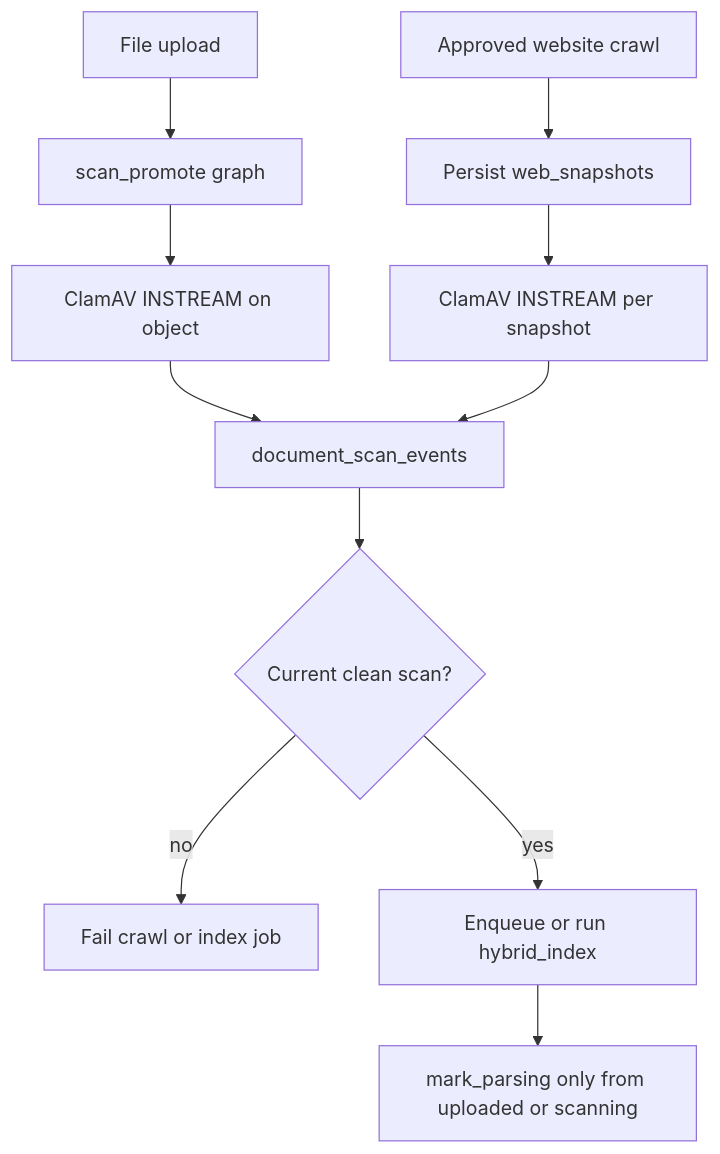
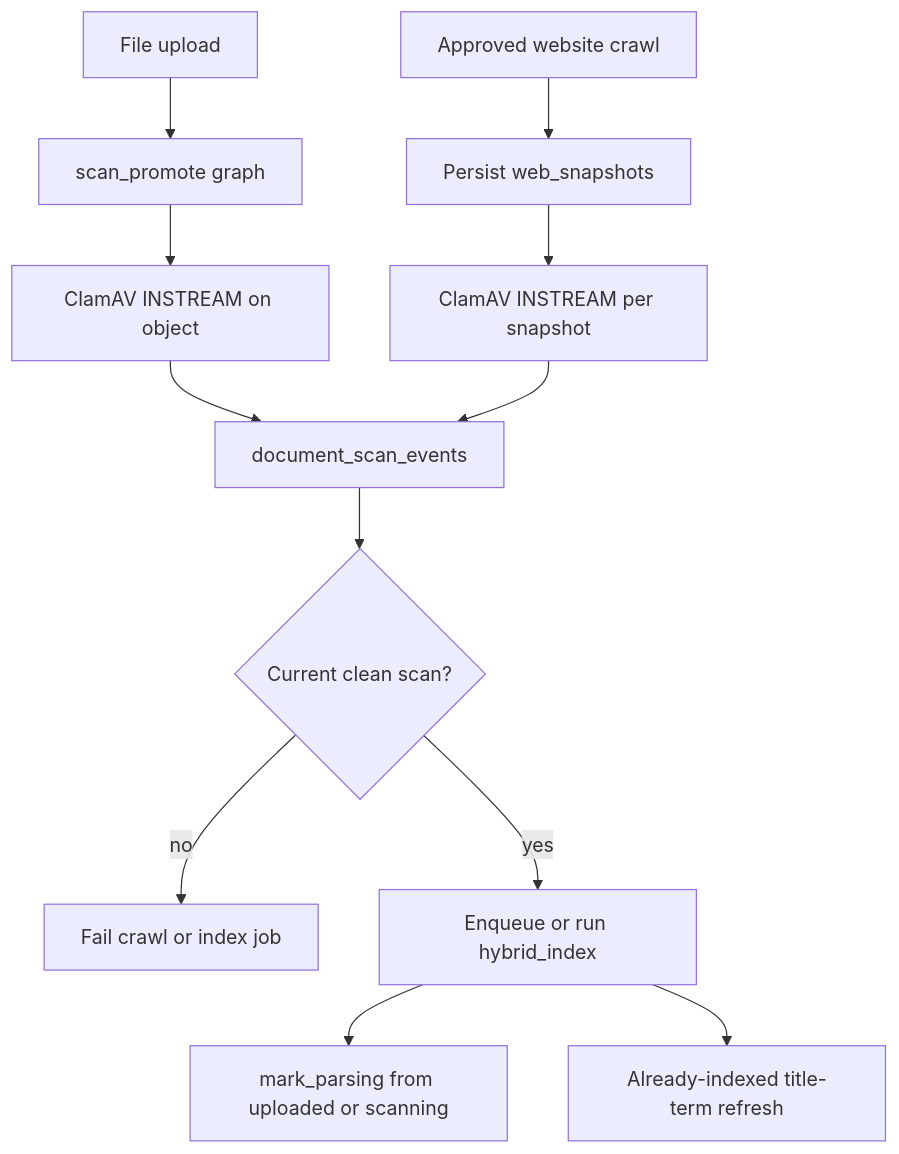
Before and after one commit to Nagdy8888/smart-rag: the diagram in docs/ingestion/SCAN_BEFORE_INDEX.md, drawn with Mermaid. The commit also changed other lines of this file and 32 other files, not shown here.

````diff
--- a/docs/ingestion/SCAN_BEFORE_INDEX.md
+++ b/docs/ingestion/SCAN_BEFORE_INDEX.md
@@ -19,13 +19,14 @@
 ```mermaid
 flowchart TD
   upload[File upload] --> scanPromote[scan_promote graph]
   crawl[Approved website crawl] --> snapshots[Persist web_snapshots]
   snapshots --> clamav[ClamAV INSTREAM per snapshot]
   scanPromote --> clamavFile[ClamAV INSTREAM on object]
   clamavFile --> event[document_scan_events]
   clamav --> event
   event --> gate{Current clean scan?}
   gate -->|no| fail[Fail crawl or index job]
   gate -->|yes| hybrid[Enqueue or run hybrid_index]
-  hybrid --> parse[mark_parsing only from uploaded or scanning]
+  hybrid --> parse[mark_parsing from uploaded or scanning]
+  hybrid --> refresh[Already-indexed title-term refresh]
 ```
````
